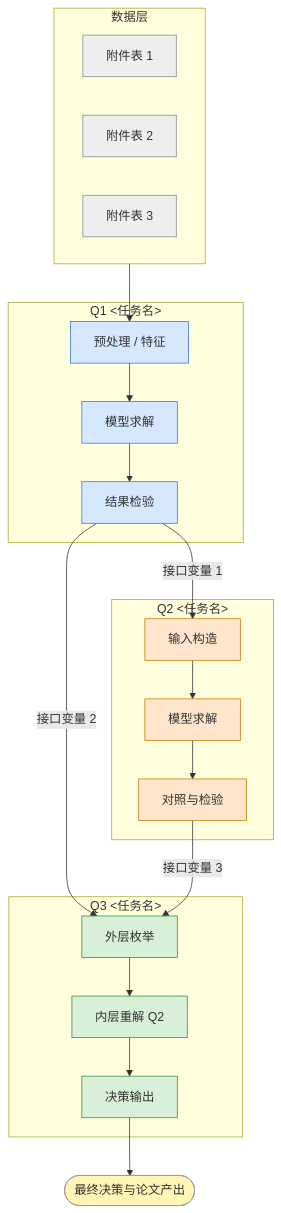
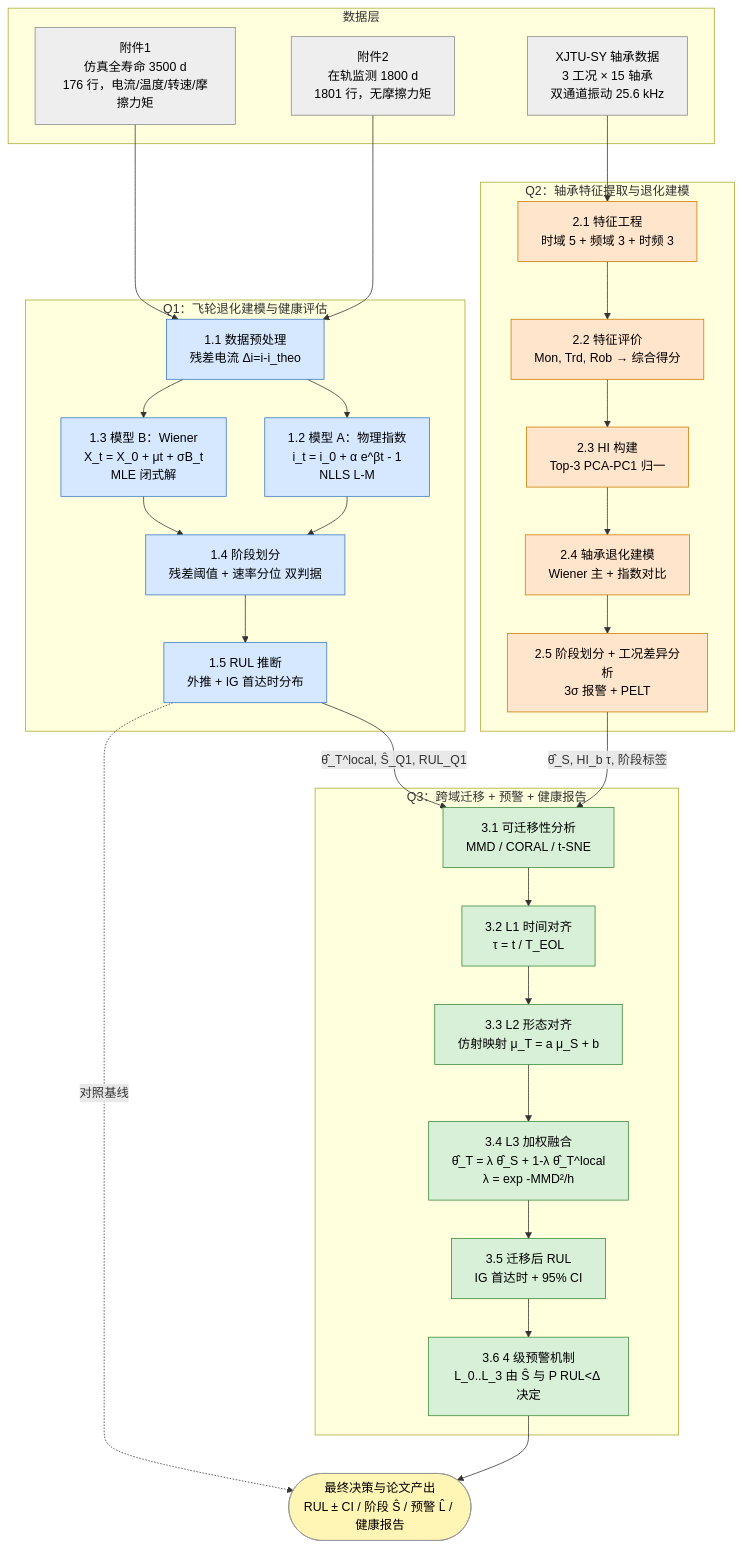
Before and after one commit to Antonioxin/HDU_math_model: the diagram in model/diagrams/技术路线图.md, drawn with Mermaid. The commit also changed 30 other files, not shown here.

````diff
--- a/model/diagrams/技术路线图.md
+++ b/model/diagrams/技术路线图.md
@@ -5,48 +5,66 @@
 ```mermaid
 flowchart TD
     subgraph DATA [数据层]
-        D1[附件表 1]
-        D2[附件表 2]
-        D3[附件表 3]
+        D1[附件1<br/>仿真全寿命 3500 d<br/>176 行，电流/温度/转速/摩擦力矩]
+        D2[附件2<br/>在轨监测 1800 d<br/>1801 行，无摩擦力矩]
+        D3[XJTU-SY 轴承数据<br/>3 工况 × 15 轴承<br/>双通道振动 25.6 kHz]
     end
 
-    subgraph Q1 [Q1 <任务名>]
-        Q1A[预处理 / 特征]
-        Q1B[模型求解]
-        Q1C[结果检验]
+    subgraph Q1 [Q1：飞轮退化建模与健康评估]
+        Q1A[1.1 数据预处理<br/>残差电流 Δi=i-i_theo]
+        Q1B[1.2 模型 A：物理指数<br/>i_t = i_0 + α e^βt - 1<br/>NLLS L-M]
+        Q1C[1.3 模型 B：Wiener<br/>X_t = X_0 + μt + σB_t<br/>MLE 闭式解]
+        Q1D[1.4 阶段划分<br/>残差阈值 + 速率分位 双判据]
+        Q1E[1.5 RUL 推断<br/>外推 + IG 首达时分布]
     end
 
-    subgraph Q2 [Q2 <任务名>]
-        Q2A[输入构造]
-        Q2B[模型求解]
-        Q2C[对照与检验]
+    subgraph Q2 [Q2：轴承特征提取与退化建模]
+        Q2A[2.1 特征工程<br/>时域 5 + 频域 3 + 时频 3]
+        Q2B[2.2 特征评价<br/>Mon, Trd, Rob → 综合得分]
+        Q2C[2.3 HI 构建<br/>Top-3 PCA-PC1 归一]
+        Q2D[2.4 轴承退化建模<br/>Wiener 主 + 指数对比]
+        Q2E[2.5 阶段划分 + 工况差异分析<br/>3σ 报警 + PELT]
     end
 
-    subgraph Q3 [Q3 <任务名>]
-        Q3A[外层枚举]
-        Q3B[内层重解 Q2]
-        Q3C[决策输出]
+    subgraph Q3 [Q3：跨域迁移 + 预警 + 健康报告]
+        Q3A[3.1 可迁移性分析<br/>MMD / CORAL / t-SNE]
+        Q3B[3.2 L1 时间对齐<br/>τ = t / T_EOL]
+        Q3C[3.3 L2 形态对齐<br/>仿射映射 μ_T = a μ_S + b]
+        Q3D[3.4 L3 加权融合<br/>θ̂_T = λ θ̂_S + 1-λ θ̂_T^local<br/>λ = exp -MMD²/h]
+        Q3E[3.5 迁移后 RUL<br/>IG 首达时 + 95% CI]
+        Q3F[3.6 4 级预警机制<br/>L_0..L_3 由 Ŝ 与 P RUL&lt;Δ 决定]
     end
 
-    RESULT([最终决策与论文产出])
+    RESULT([最终决策与论文产出<br/>RUL ± CI / 阶段 Ŝ / 预警 L̂ / 健康报告])
 
-    DATA --> Q1A --> Q1B --> Q1C
-    Q1C -- "接口变量 1" --> Q2A
-    Q2A --> Q2B --> Q2C
-    Q1C -- "接口变量 2" --> Q3A
-    Q2C -- "接口变量 3" --> Q3A
-    Q3A --> Q3B --> Q3C
-    Q3C --> RESULT
+    D1 --> Q1A
+    D2 --> Q1A
+    D3 --> Q2A
 
-    classDef data fill:#eee,stroke:#888
-    classDef q1   fill:#d6e8ff,stroke:#3a78c2
-    classDef q2   fill:#ffe5cc,stroke:#cc7a00
-    classDef q3   fill:#d8f0d8,stroke:#3a8a3a
-    classDef out  fill:#fff5b5,stroke:#999
+    Q1A --> Q1B
+    Q1A --> Q1C
+    Q1B --> Q1D
+    Q1C --> Q1D
+    Q1D --> Q1E
+
+    Q2A --> Q2B --> Q2C --> Q2D --> Q2E
+
+    Q1E -- "θ̂_T^local, Ŝ_Q1, RUL_Q1" --> Q3A
+    Q2E -- "θ̂_S, HI_b τ, 阶段标签" --> Q3A
+    Q3A --> Q3B --> Q3C --> Q3D --> Q3E --> Q3F
+
+    Q3F --> RESULT
+    Q1E -.对照基线.-> RESULT
+
+    classDef data fill:#eee,stroke:#888,color:#000
+    classDef q1   fill:#d6e8ff,stroke:#3a78c2,color:#000
+    classDef q2   fill:#ffe5cc,stroke:#cc7a00,color:#000
+    classDef q3   fill:#d8f0d8,stroke:#3a8a3a,color:#000
+    classDef out  fill:#fff5b5,stroke:#999,color:#000
 
     class D1,D2,D3 data
-    class Q1A,Q1B,Q1C q1
-    class Q2A,Q2B,Q2C q2
-    class Q3A,Q3B,Q3C q3
+    class Q1A,Q1B,Q1C,Q1D,Q1E q1
+    class Q2A,Q2B,Q2C,Q2D,Q2E q2
+    class Q3A,Q3B,Q3C,Q3D,Q3E,Q3F q3
     class RESULT out
 ```
````
